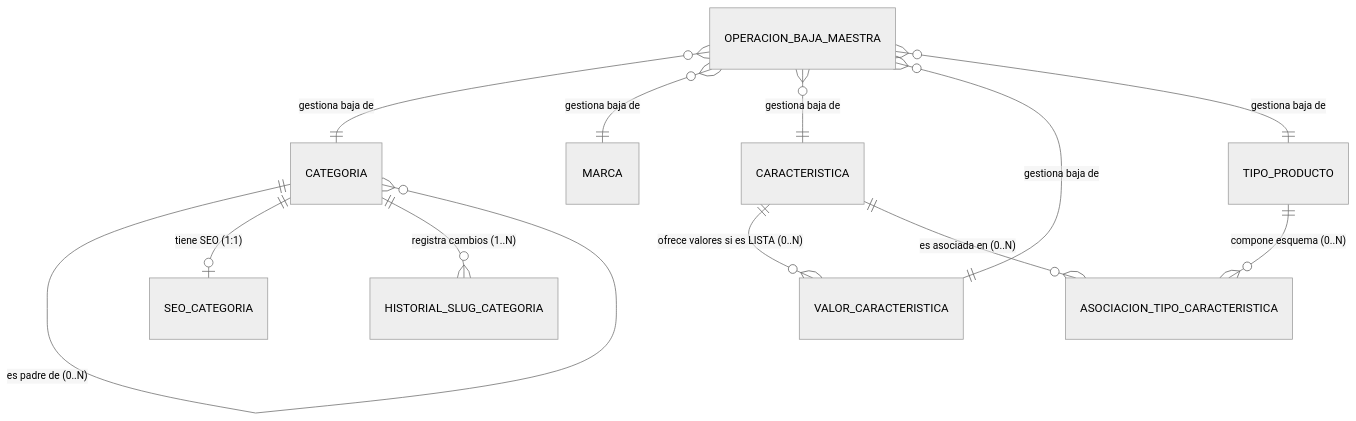
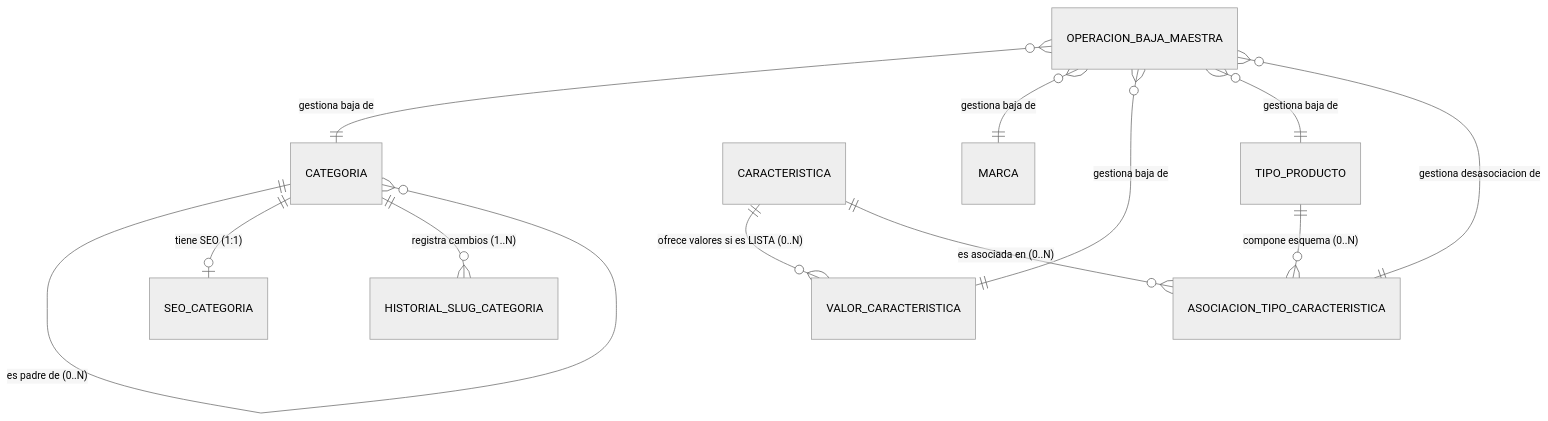
The diagram in datos/taxonomy/logical-model.md (Taller-SW-Web/G6-Productos-Ofertas-docs), drawn with Mermaid (neutral theme) before and after one commit. The commit also changed other lines of this file and 16 other files, not shown here.

Commit message:
docs: corregir flujos y consumidores de baja maestra tras auditoria PR 105

````diff
--- a/datos/taxonomy/logical-model.md
+++ b/datos/taxonomy/logical-model.md
@@ -175,17 +179,17 @@
 ```mermaid
 erDiagram
     CATEGORIA ||--o{ CATEGORIA : "es padre de (0..N)"
     CATEGORIA ||--o| SEO_CATEGORIA : "tiene SEO (1:1)"
     CATEGORIA ||--o{ HISTORIAL_SLUG_CATEGORIA : "registra cambios (1..N)"
 
     CARACTERISTICA ||--o{ VALOR_CARACTERISTICA : "ofrece valores si es LISTA (0..N)"
 
     TIPO_PRODUCTO ||--o{ ASOCIACION_TIPO_CARACTERISTICA : "compone esquema (0..N)"
     CARACTERISTICA ||--o{ ASOCIACION_TIPO_CARACTERISTICA : "es asociada en (0..N)"
 
     OPERACION_BAJA_MAESTRA }o--|| CATEGORIA : "gestiona baja de"
     OPERACION_BAJA_MAESTRA }o--|| MARCA : "gestiona baja de"
-    OPERACION_BAJA_MAESTRA }o--|| CARACTERISTICA : "gestiona baja de"
     OPERACION_BAJA_MAESTRA }o--|| VALOR_CARACTERISTICA : "gestiona baja de"
     OPERACION_BAJA_MAESTRA }o--|| TIPO_PRODUCTO : "gestiona baja de"
+    OPERACION_BAJA_MAESTRA }o--|| ASOCIACION_TIPO_CARACTERISTICA : "gestiona desasociacion de"
 ```
````
